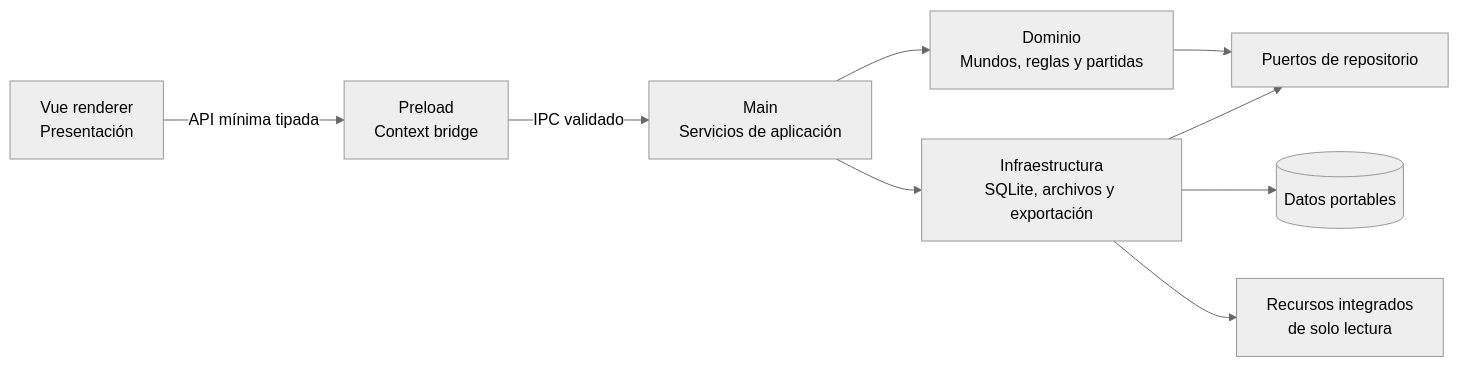
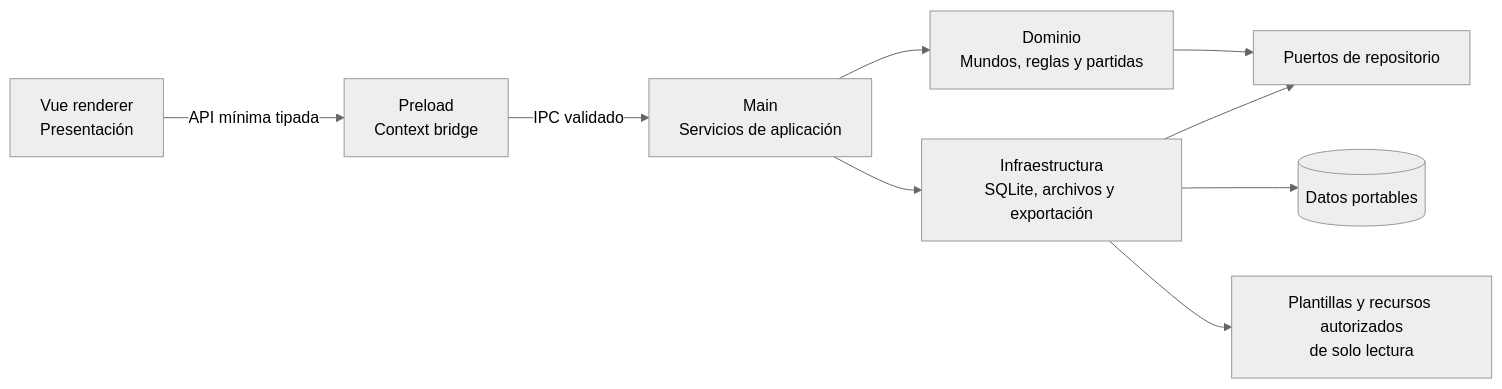
The diagram in docs/ARCHITECTURE.md (JavierGarciaCortes/Fatebound), drawn with Mermaid (neutral theme) before and after one commit. The commit also changed other lines of this file and 3 other files, not shown here.

````diff
--- a/docs/ARCHITECTURE.md
+++ b/docs/ARCHITECTURE.md
@@ -34,11 +36,11 @@
 ```mermaid
 flowchart LR
     UI[Vue renderer\nPresentación] -->|API mínima tipada| PRE[Preload\nContext bridge]
     PRE -->|IPC validado| APP[Main\nServicios de aplicación]
     APP --> DOM[Dominio\nMundos, reglas y partidas]
     APP --> INF[Infraestructura\nSQLite, archivos y exportación]
     DOM --> PORTS[Puertos de repositorio]
     INF --> PORTS
     INF --> DATA[(Datos portables)]
-    INF --> BUILTIN[Recursos integrados\nde solo lectura]
+    INF --> BUILTIN[Plantillas y recursos autorizados\nde solo lectura]
 ```
````
